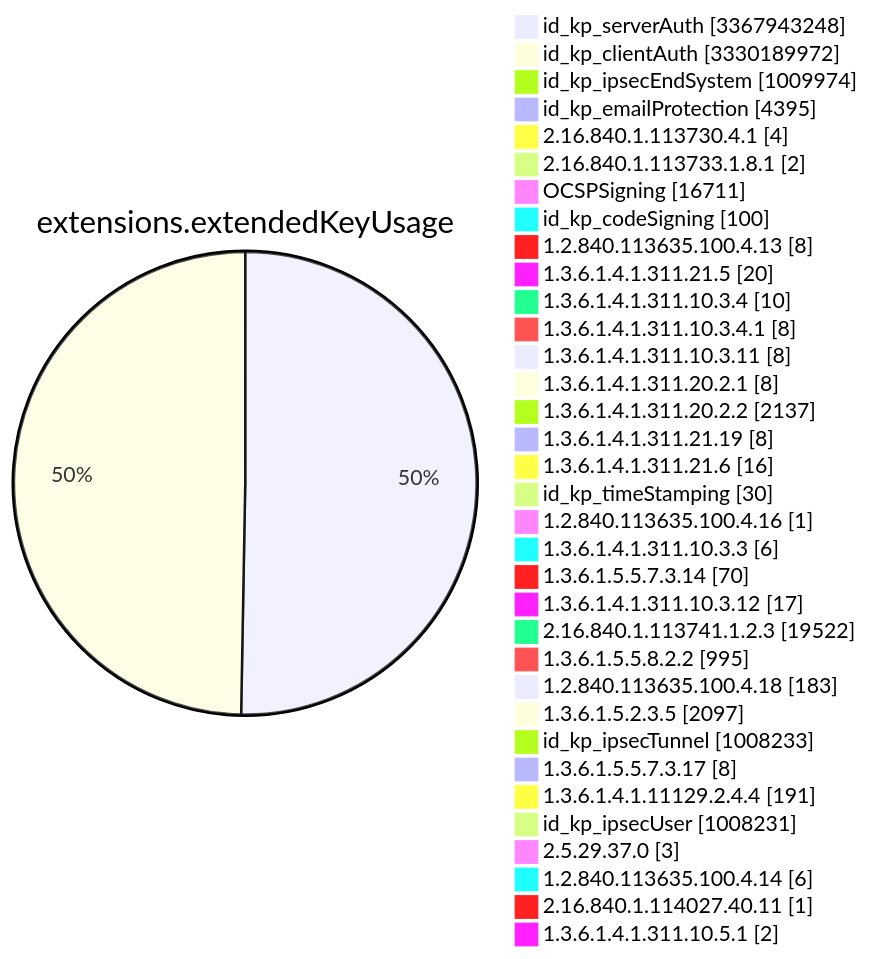
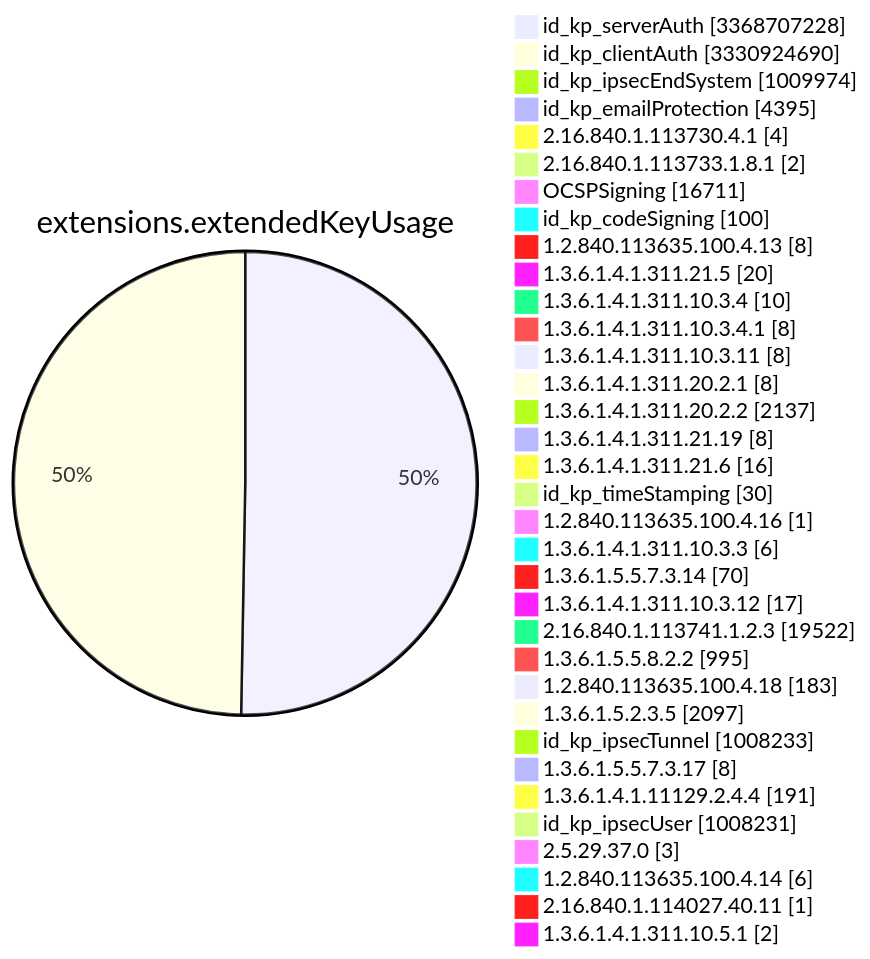
Before and after one commit to christiankrug/ctmonitor_visualization: diagram 11 of 15 in TOTAL/README.md, drawn with Mermaid. The commit also changed other lines of this file, not shown here.

````diff
--- a/TOTAL/README.md
+++ b/TOTAL/README.md
@@ -4120,38 +4120,38 @@
 ```mermaid
 pie showData
 title extensions.extendedKeyUsage
-"id_kp_serverAuth" :3367943248
-"id_kp_clientAuth" :3330189972
+"id_kp_serverAuth" :3368707228
+"id_kp_clientAuth" :3330924690
 "id_kp_ipsecEndSystem" :1009974
 "id_kp_emailProtection" :4395
 "2.16.840.1.113730.4.1" :4
 "2.16.840.1.113733.1.8.1" :2
 "OCSPSigning" :16711
 "id_kp_codeSigning" :100
 "1.2.840.113635.100.4.13" :8
 "1.3.6.1.4.1.311.21.5" :20
 "1.3.6.1.4.1.311.10.3.4" :10
 "1.3.6.1.4.1.311.10.3.4.1" :8
 "1.3.6.1.4.1.311.10.3.11" :8
 "1.3.6.1.4.1.311.20.2.1" :8
 "1.3.6.1.4.1.311.20.2.2" :2137
 "1.3.6.1.4.1.311.21.19" :8
 "1.3.6.1.4.1.311.21.6" :16
 "id_kp_timeStamping" :30
 "1.2.840.113635.100.4.16" :1
 "1.3.6.1.4.1.311.10.3.3" :6
 "1.3.6.1.5.5.7.3.14" :70
 "1.3.6.1.4.1.311.10.3.12" :17
 "2.16.840.1.113741.1.2.3" :19522
 "1.3.6.1.5.5.8.2.2" :995
 "1.2.840.113635.100.4.18" :183
 "1.3.6.1.5.2.3.5" :2097
 "id_kp_ipsecTunnel" :1008233
 "1.3.6.1.5.5.7.3.17" :8
 "1.3.6.1.4.1.11129.2.4.4" :191
 "id_kp_ipsecUser" :1008231
 "2.5.29.37.0" :3
 "1.2.840.113635.100.4.14" :6
 "2.16.840.1.114027.40.11" :1
 "1.3.6.1.4.1.311.10.5.1" :2
 ```
````
